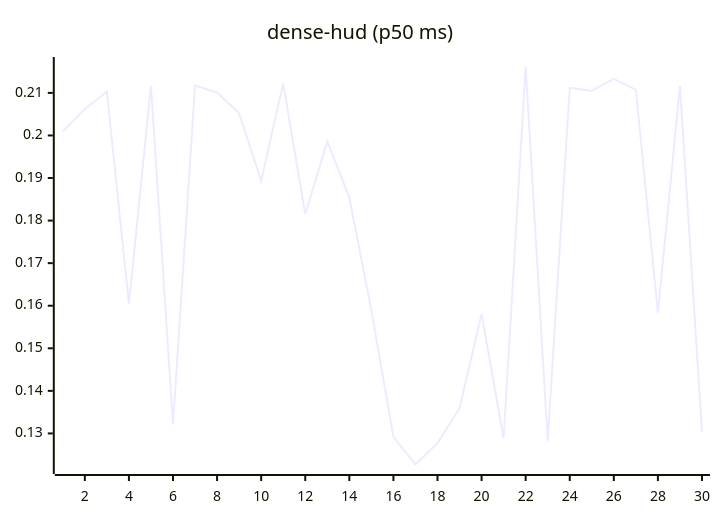
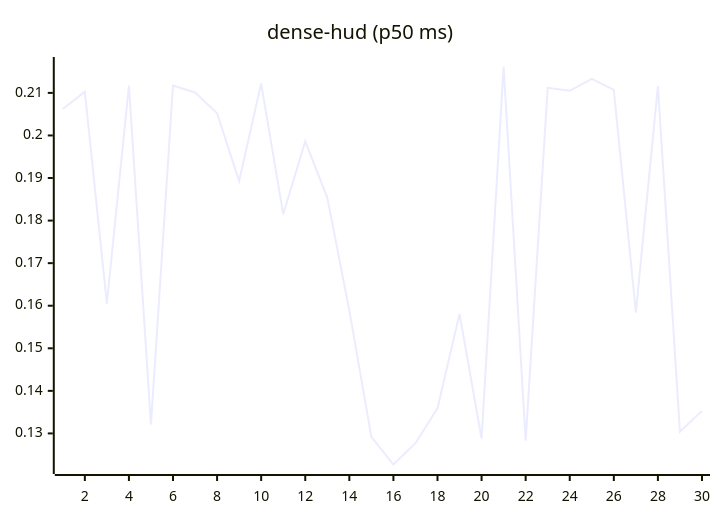
Before and after one commit to josha/Facet: the eighth of 27 diagrams in README.md, drawn with Mermaid. The commit also changed other lines of this file and 2 other files, not shown here.

````diff
--- a/README.md
+++ b/README.md
@@ -112,6 +112,6 @@
 ```mermaid
 xychart-beta
     title "dense-hud (p50 ms)"
     x-axis 1 --> 30
-    line [0.2010, 0.2062, 0.2103, 0.1605, 0.2117, 0.1321, 0.2117, 0.2101, 0.2052, 0.1893, 0.2122, 0.1815, 0.1986, 0.1854, 0.1589, 0.1292, 0.1227, 0.1277, 0.1359, 0.1581, 0.1288, 0.2162, 0.1283, 0.2112, 0.2105, 0.2133, 0.2107, 0.1584, 0.2116, 0.1304]
+    line [0.2062, 0.2103, 0.1605, 0.2117, 0.1321, 0.2117, 0.2101, 0.2052, 0.1893, 0.2122, 0.1815, 0.1986, 0.1854, 0.1589, 0.1292, 0.1227, 0.1277, 0.1359, 0.1581, 0.1288, 0.2162, 0.1283, 0.2112, 0.2105, 0.2133, 0.2107, 0.1584, 0.2116, 0.1304, 0.1353]
 ```
````
